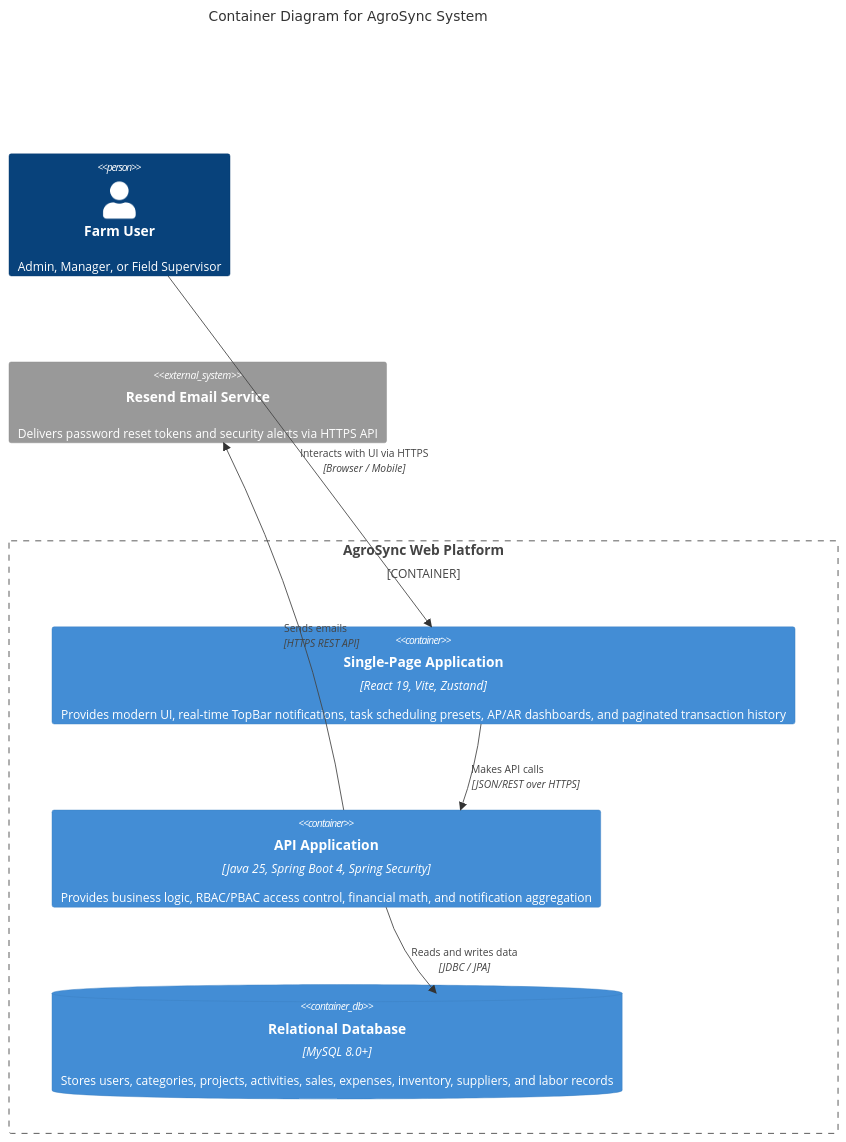
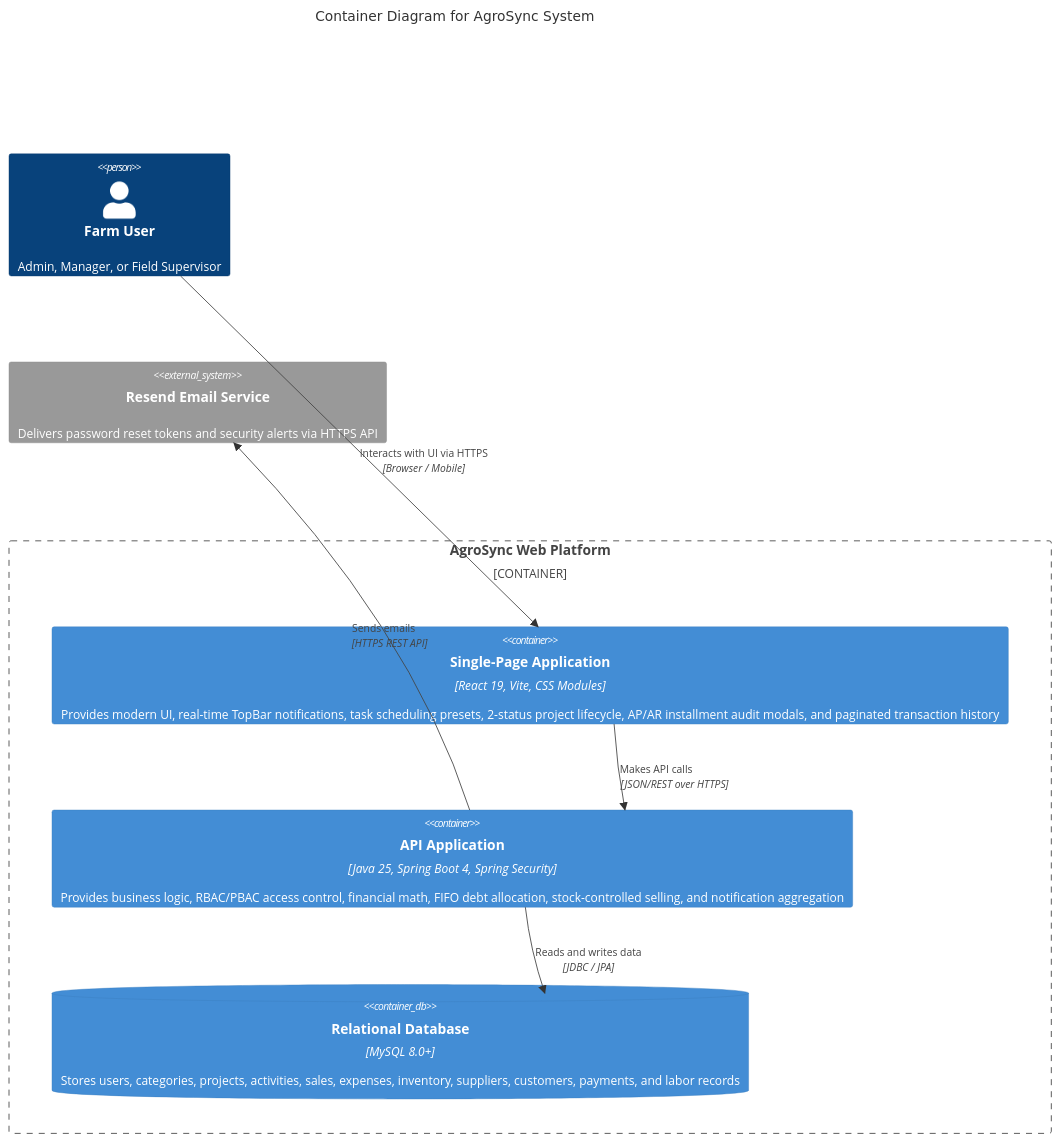
One commit to martins-ke/smartfarm-frontend changed the second of 3 diagrams in docs/System_Design_and_Architecture.md. Above: the diagram before and after it, drawn with Mermaid. The commit also changed other lines of this file and 8 other files, not shown here.

Commit message:
docs: update system documentation, architecture diagrams, and PDF exports to v4.0

````diff
--- a/docs/System_Design_and_Architecture.md
+++ b/docs/System_Design_and_Architecture.md
@@ -35,19 +35,19 @@
 ```mermaid
 C4Container
     title Container Diagram for AgroSync System
 
     Person(user, "Farm User", "Admin, Manager, or Field Supervisor")
 
     Container_Boundary(c1, "AgroSync Web Platform") {
-        Container(spa, "Single-Page Application", "React 19, Vite, Zustand", "Provides modern UI, real-time TopBar notifications, task scheduling presets, AP/AR dashboards, and paginated transaction history")
-        Container(api, "API Application", "Java 25, Spring Boot 4, Spring Security", "Provides business logic, RBAC/PBAC access control, financial math, and notification aggregation")
-        ContainerDb(database, "Relational Database", "MySQL 8.0+", "Stores users, categories, projects, activities, sales, expenses, inventory, suppliers, and labor records")
+        Container(spa, "Single-Page Application", "React 19, Vite, CSS Modules", "Provides modern UI, real-time TopBar notifications, task scheduling presets, 2-status project lifecycle, AP/AR installment audit modals, and paginated transaction history")
+        Container(api, "API Application", "Java 25, Spring Boot 4, Spring Security", "Provides business logic, RBAC/PBAC access control, financial math, FIFO debt allocation, stock-controlled selling, and notification aggregation")
+        ContainerDb(database, "Relational Database", "MySQL 8.0+", "Stores users, categories, projects, activities, sales, expenses, inventory, suppliers, customers, payments, and labor records")
     }
 
     System_Ext(email, "Resend Email Service", "Delivers password reset tokens and security alerts via HTTPS API")
 
     Rel(user, spa, "Interacts with UI via HTTPS", "Browser / Mobile")
     Rel(spa, api, "Makes API calls", "JSON/REST over HTTPS")
     Rel(api, database, "Reads and writes data", "JDBC / JPA")
     Rel(api, email, "Sends emails", "HTTPS REST API")
 ```
````
